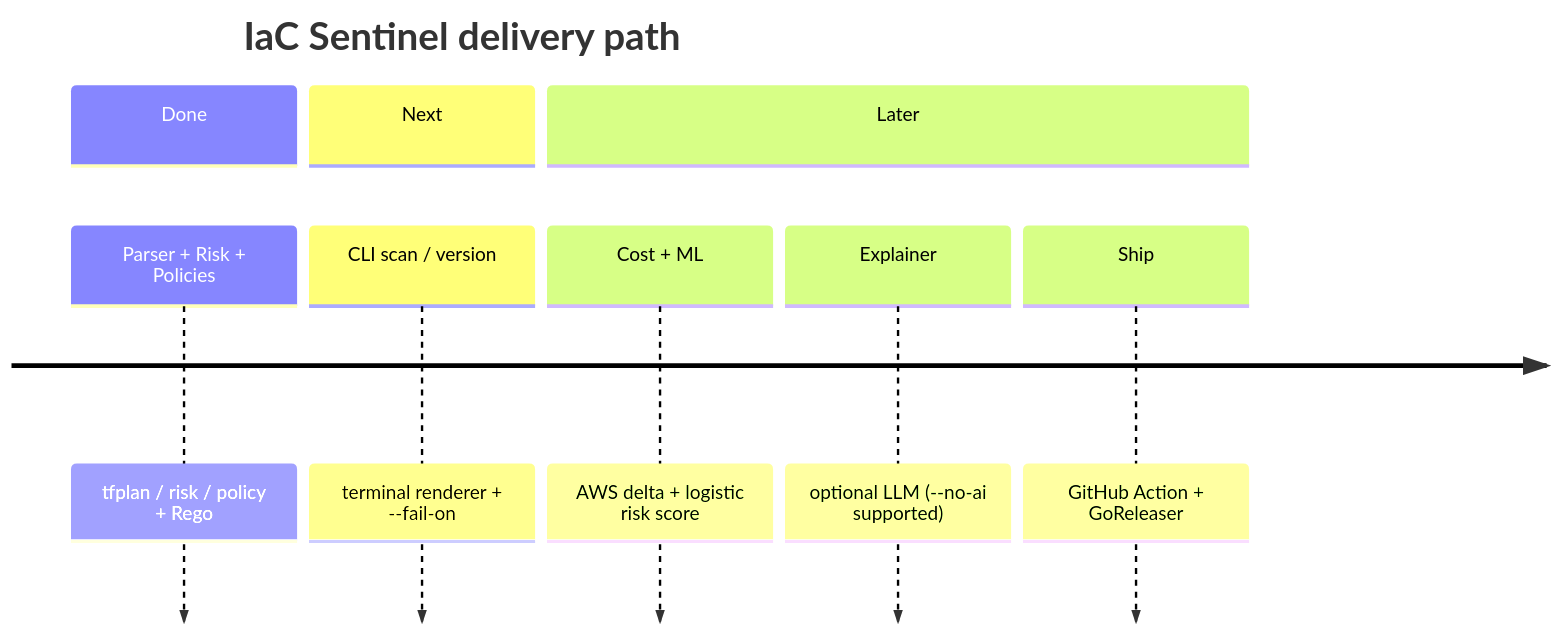
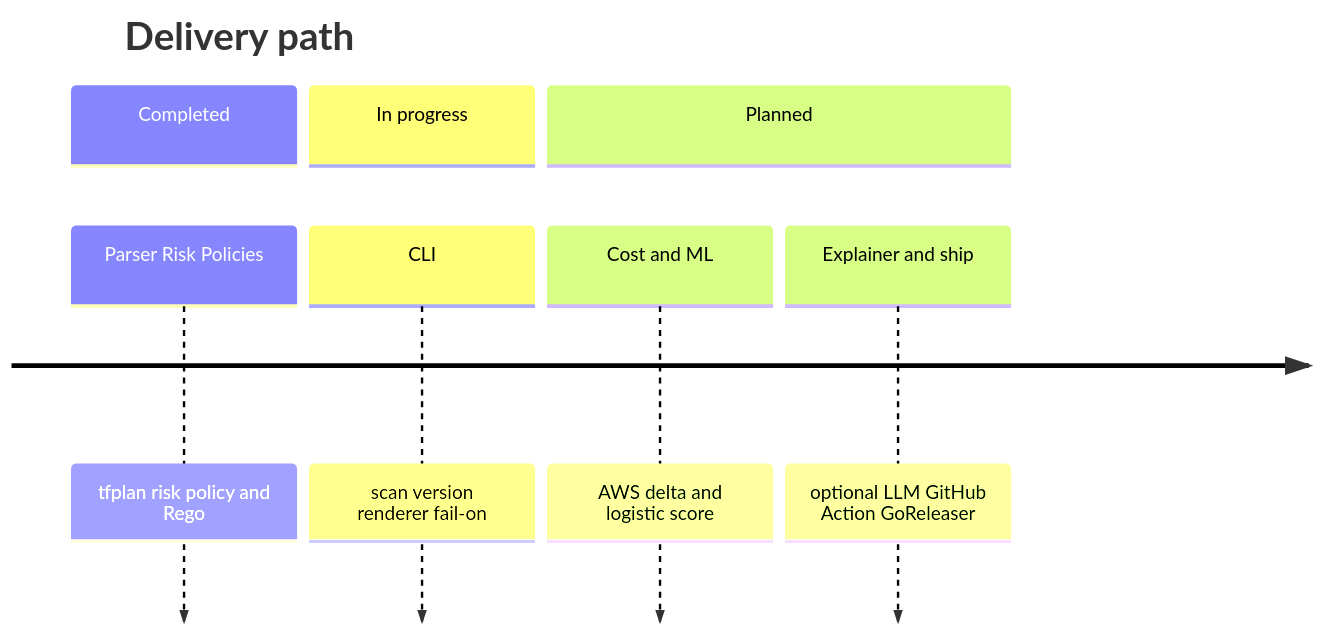
The seventh of 7 diagrams in README.md (SamyBaouche/iac-sentinel), drawn with Mermaid before and after one commit. The commit also changed other lines of this file, not shown here.

````diff
--- a/README.md
+++ b/README.md
@@ -323,12 +253,11 @@
 ```mermaid
 timeline
-  title IaC Sentinel delivery path
-  section Done
-    Parser + Risk + Policies : tfplan / risk / policy + Rego
-  section Next
-    CLI scan / version : terminal renderer + --fail-on
-  section Later
-    Cost + ML : AWS delta + logistic risk score
-    Explainer : optional LLM (--no-ai supported)
-    Ship : GitHub Action + GoReleaser
+  title Delivery path
+  section Completed
+    Parser Risk Policies : tfplan risk policy and Rego
+  section In progress
+    CLI : scan version renderer fail-on
+  section Planned
+    Cost and ML : AWS delta and logistic score
+    Explainer and ship : optional LLM GitHub Action GoReleaser
 ```
````
